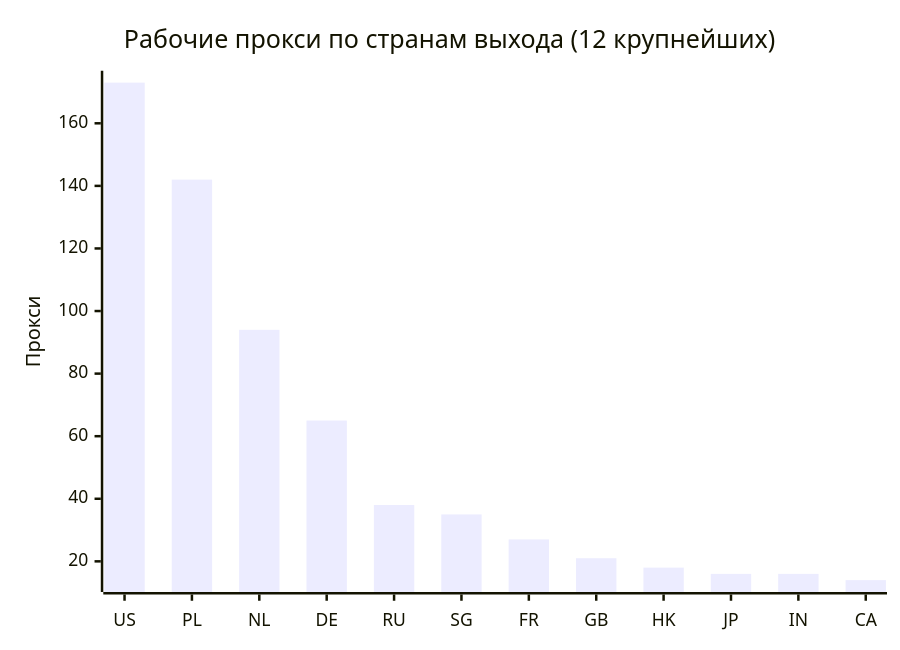
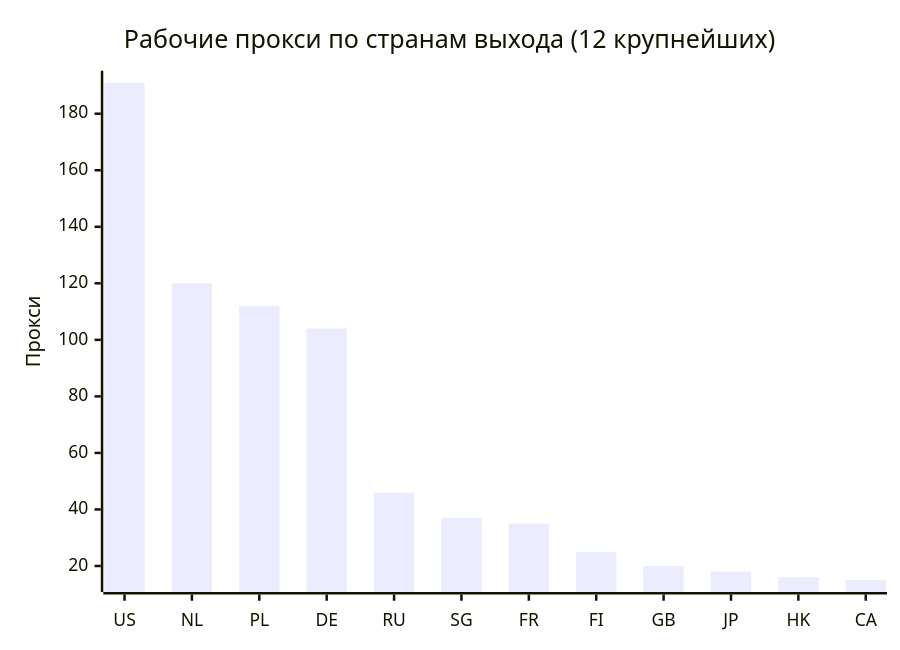
The second of 4 diagrams in README.md (rvvg/proxy-subs), drawn with Mermaid before and after one commit. The commit also changed other lines of this file and 40 other files, not shown here.

````diff
--- a/README.md
+++ b/README.md
@@ -122,7 +122,7 @@
 ```mermaid
 xychart-beta
     title "Рабочие прокси по странам выхода (12 крупнейших)"
-    x-axis ["US", "PL", "NL", "DE", "RU", "SG", "FR", "GB", "HK", "JP", "IN", "CA"]
+    x-axis ["US", "NL", "PL", "DE", "RU", "SG", "FR", "FI", "GB", "JP", "HK", "CA"]
     y-axis "Прокси"
-    bar [173, 142, 94, 65, 38, 35, 27, 21, 18, 16, 16, 14]
+    bar [191, 120, 112, 104, 46, 37, 35, 25, 20, 18, 16, 15]
 ```
````
